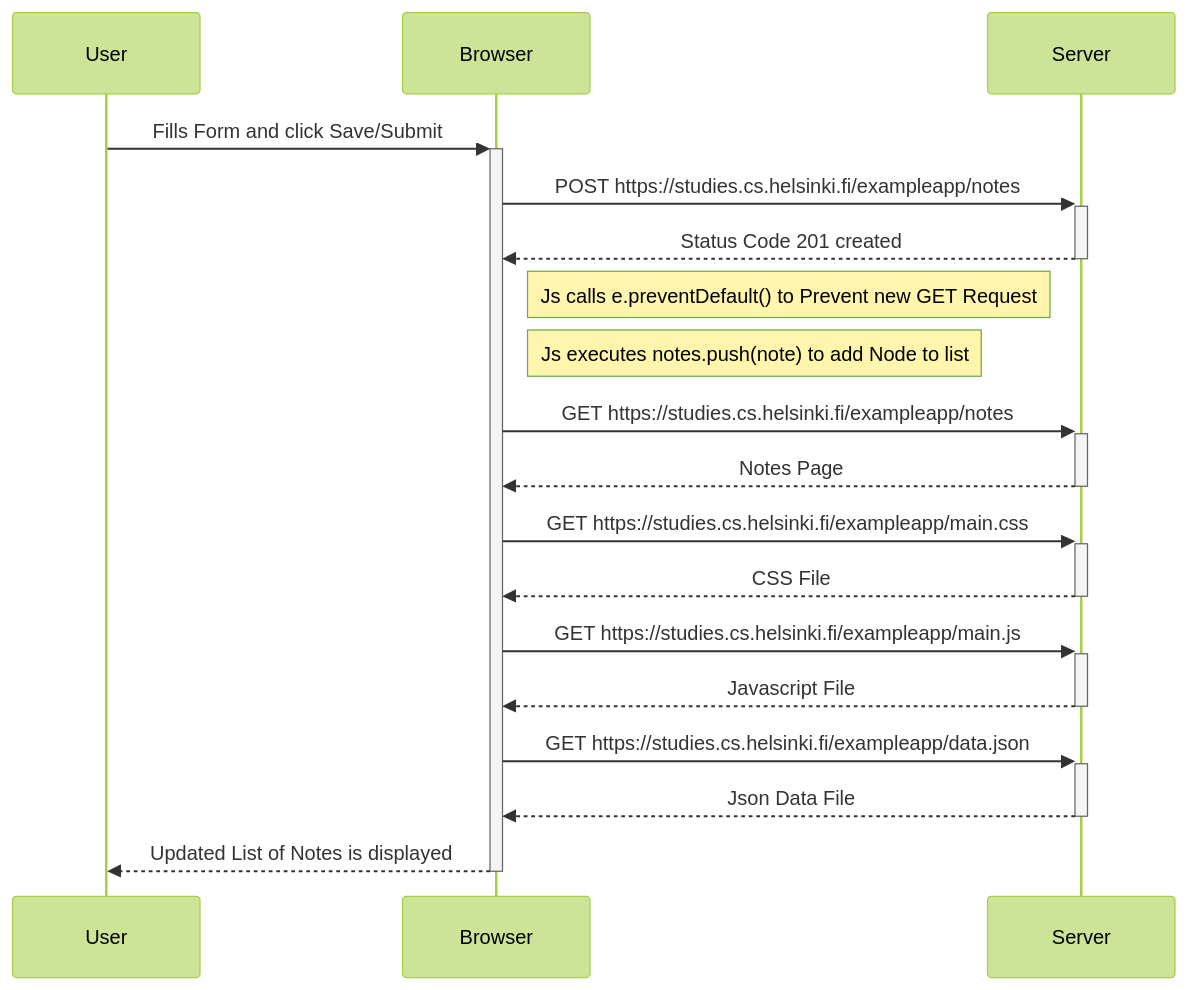
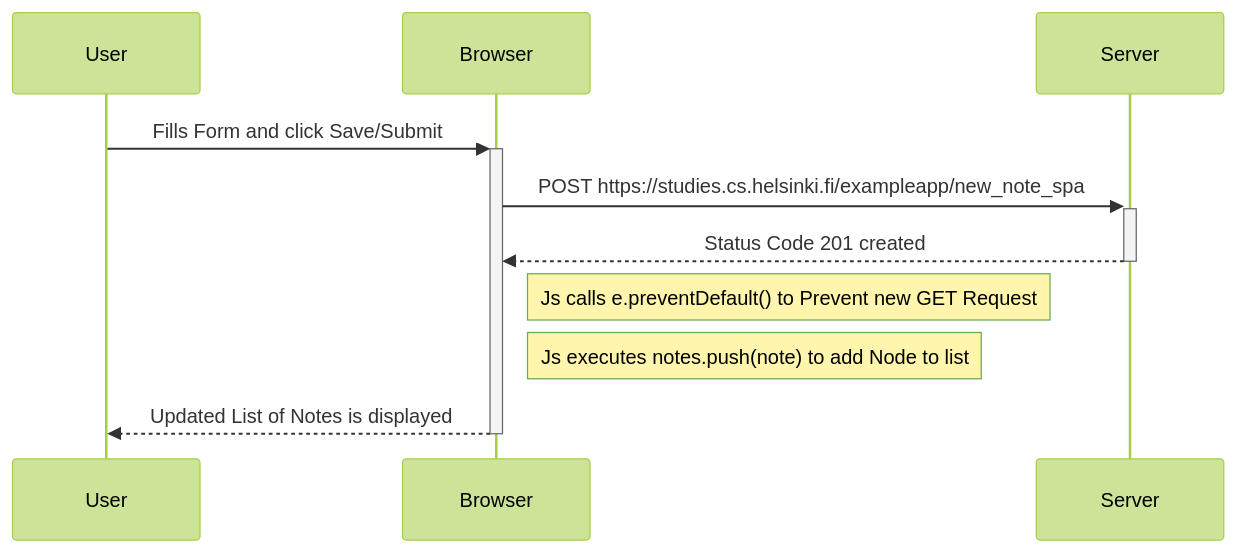
One commit to navamisunill/Fullstackopen changed the diagram in part0/0.6.md. Above: the diagram before and after it, drawn with Mermaid (forest theme).

Commit message:
Update 0.6.md
spa newnote q6

````diff
--- a/part0/0.6.md
+++ b/part0/0.6.md
@@ -1,21 +1,13 @@
-```mermaid
+ ```mermaid
 sequenceDiagram
     participant User
     participant Browser
     participant Server
     User->>+Browser: Fills Form and click Save/Submit
-    Browser->>+Server: POST https://studies.cs.helsinki.fi/exampleapp/notes
+    Browser->>+Server: POST https://studies.cs.helsinki.fi/exampleapp/new_note_spa
     Server-->>-Browser: Status Code 201 created
     Note right of Browser: Js calls e.preventDefault() to Prevent new GET Request 
     Note right of Browser: Js executes notes.push(note) to add Node to list
-    Browser->>+Server: GET https://studies.cs.helsinki.fi/exampleapp/notes
-    Server-->>-Browser: Notes Page
-    Browser->>+Server: GET https://studies.cs.helsinki.fi/exampleapp/main.css
-    Server-->>-Browser: CSS File
-    Browser->>+Server: GET https://studies.cs.helsinki.fi/exampleapp/main.js
-    Server-->>-Browser: Javascript File
-    Browser->>+Server: GET https://studies.cs.helsinki.fi/exampleapp/data.json
-    Server-->>-Browser: Json Data File
     Browser-->>-User: Updated List of Notes is displayed
 
 ```
````
